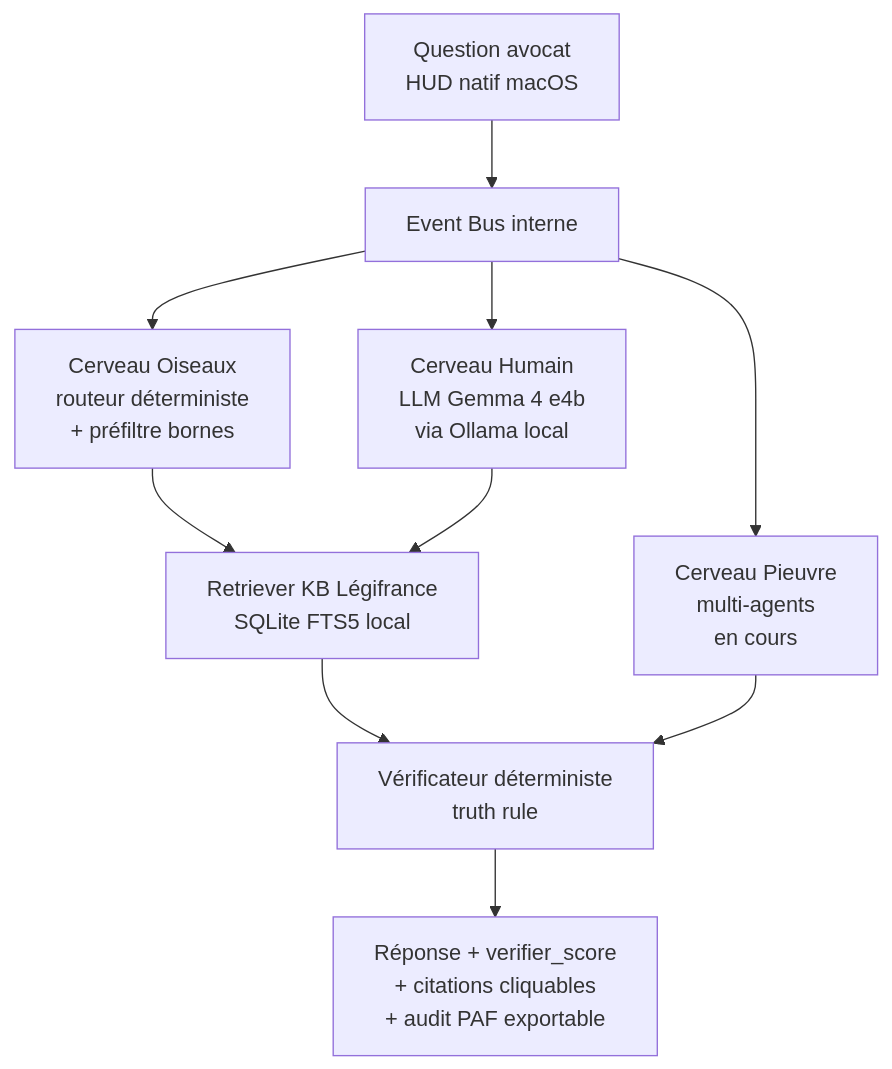
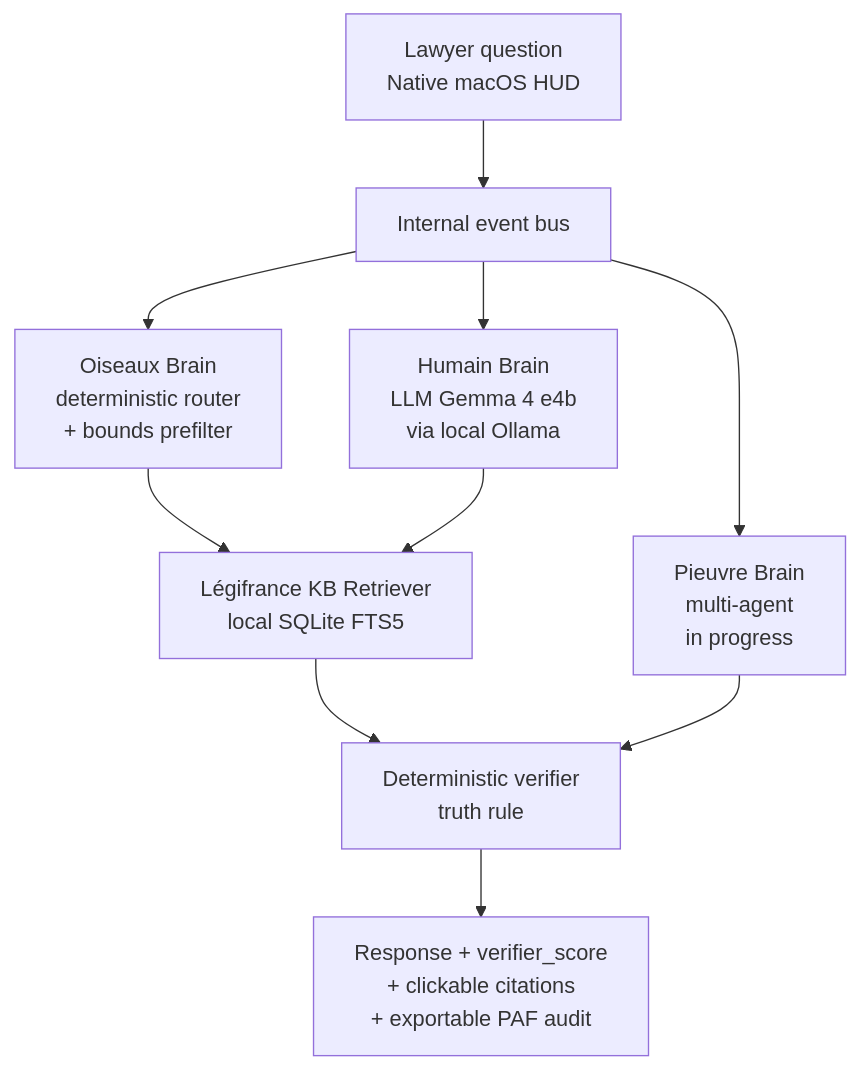
Before and after one commit to mathieuballotma-sketch/lucie: the diagram in docs/architecture.md, drawn with Mermaid. The commit also changed other lines of this file and 1 other file, not shown here.

````diff
--- a/docs/architecture.md
+++ b/docs/architecture.md
@@ -14,16 +16,16 @@
 ```mermaid
 flowchart TB
-    Q[Question avocat<br/>HUD natif macOS] --> EB[Event Bus interne]
+    Q[Lawyer question<br/>Native macOS HUD] --> EB[Internal event bus]
 
-    EB --> O[Cerveau Oiseaux<br/>routeur déterministe<br/>+ préfiltre bornes]
-    EB --> P[Cerveau Pieuvre<br/>multi-agents<br/>en cours]
-    EB --> H[Cerveau Humain<br/>LLM Gemma 4 e4b<br/>via Ollama local]
+    EB --> O[Oiseaux Brain<br/>deterministic router<br/>+ bounds prefilter]
+    EB --> P[Pieuvre Brain<br/>multi-agent<br/>in progress]
+    EB --> H[Humain Brain<br/>LLM Gemma 4 e4b<br/>via local Ollama]
 
-    O --> R[Retriever KB Légifrance<br/>SQLite FTS5 local]
+    O --> R[Légifrance KB Retriever<br/>local SQLite FTS5]
     H --> R
 
-    R --> V[Vérificateur déterministe<br/>truth rule]
+    R --> V[Deterministic verifier<br/>truth rule]
     P --> V
 
-    V --> RP[Réponse + verifier_score<br/>+ citations cliquables<br/>+ audit PAF exportable]
+    V --> RP[Response + verifier_score<br/>+ clickable citations<br/>+ exportable PAF audit]
 ```
````
